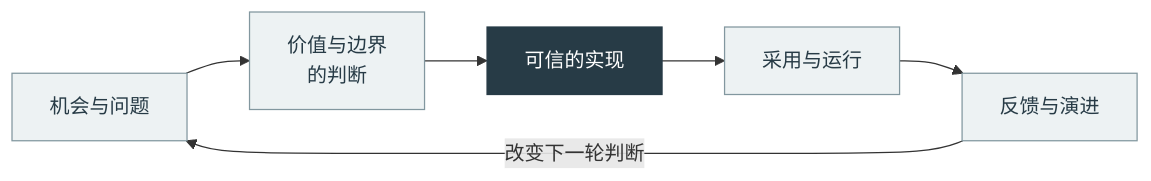
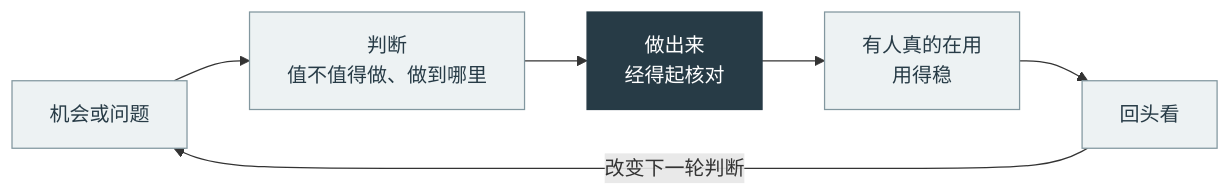
Before and after one commit to HengYangDS/rethinking-work: the diagram in diagrams/work-chain.mmd, drawn with Mermaid. The commit also changed 53 other files, not shown here.

```diff
--- a/diagrams/work-chain.mmd
+++ b/diagrams/work-chain.mmd
@@ -1,11 +1,11 @@
 flowchart LR
- A["机会与问题"] --> B["价值与边界<br/>的判断"]
- B --> C["可信的实现"]
- C --> D["采用与运行"]
- D --> E["反馈与演进"]
+ A["机会或问题"] --> B["判断<br/>值不值得做、做到哪里"]
+ B --> C["做出来<br/>经得起核对"]
+ C --> D["有人真的在用<br/>用得稳"]
+ D --> E["回头看"]
  E -->|"改变下一轮判断"| A
 
 classDef base fill:#edf2f3,stroke:#82979f,color:#273b46,stroke-width:1px;
 classDef focus fill:#273b46,stroke:#273b46,color:#ffffff,stroke-width:1px;
 class A,B,D,E base;
 class C focus;
```
